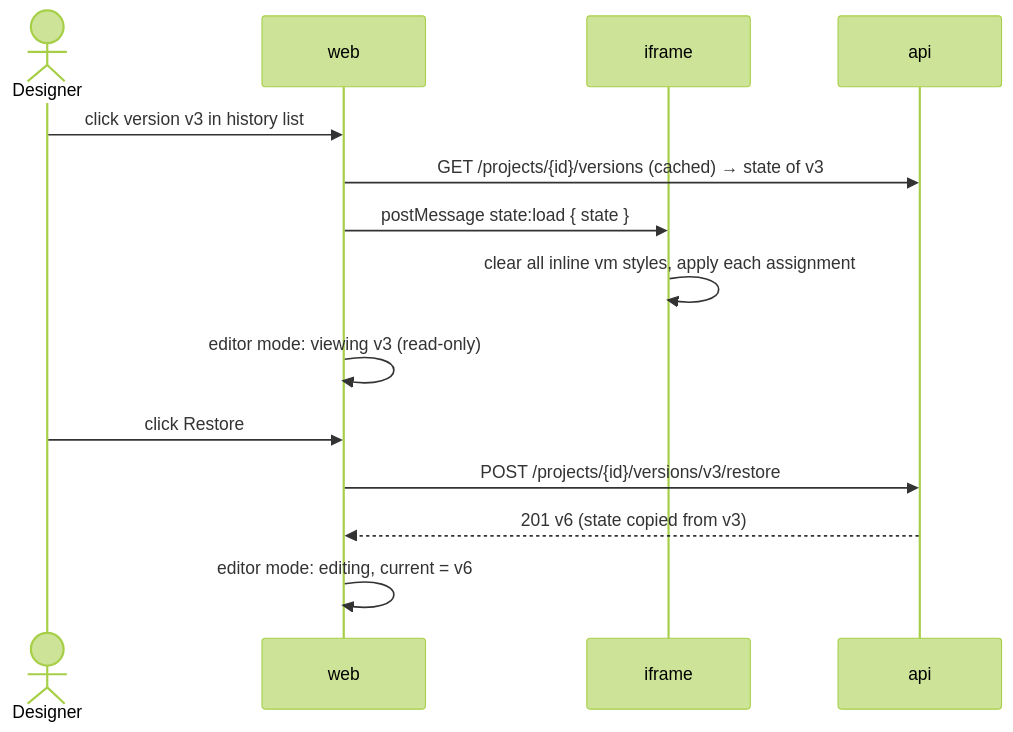
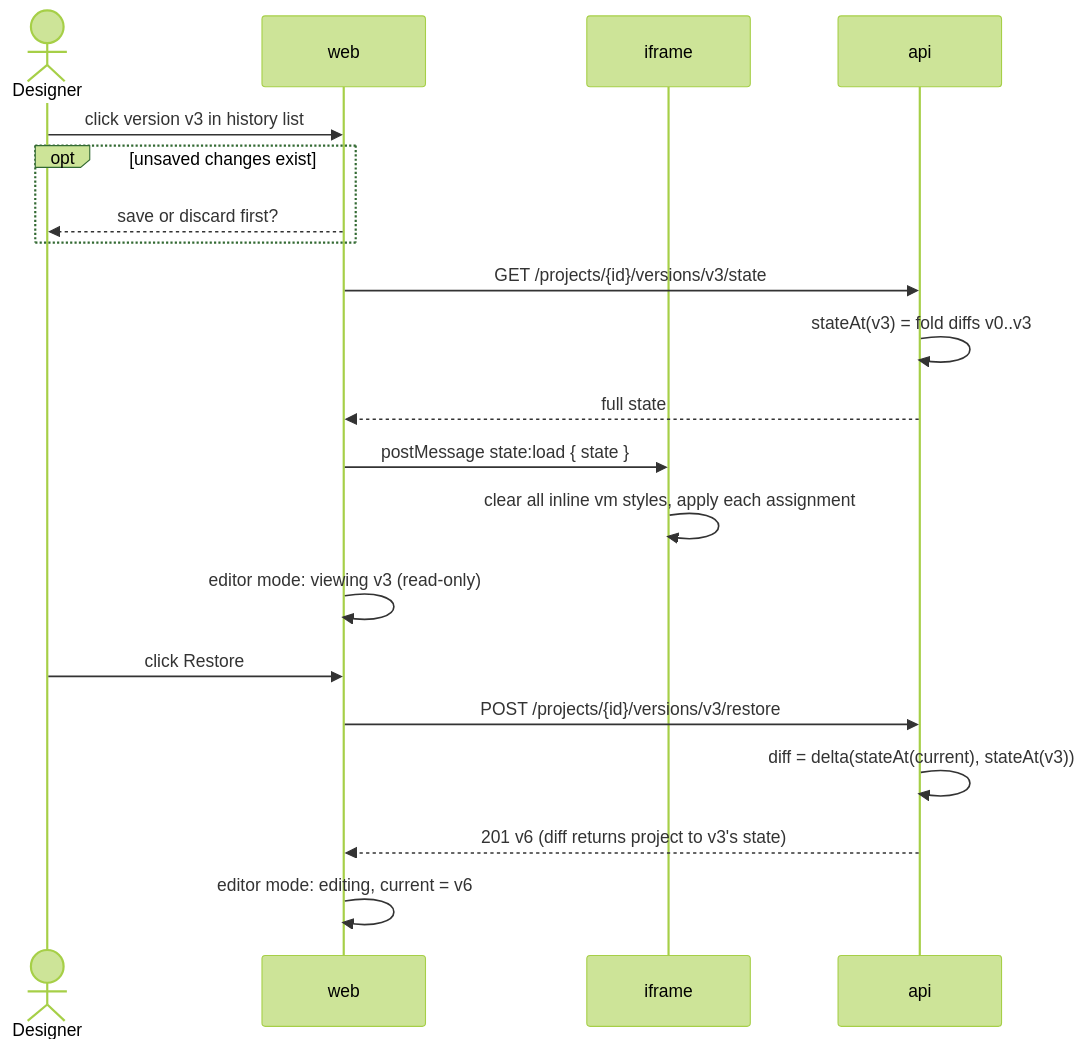
Before and after one commit to ludaxkris/vibe_motion: the fifth of 10 diagrams in docs/architecture.md, drawn with Mermaid (forest theme). The commit also changed other lines of this file and 10 other files, not shown here.

First line of the commit message:
docs: diff-based versioning on explicit Save, pr_screenshot branch, user flow

````diff
--- a/docs/architecture.md
+++ b/docs/architecture.md
@@ -120,17 +127,23 @@
 ```mermaid
 sequenceDiagram
   actor D as Designer
   participant W as web
   participant F as iframe
   participant A as api
 
   D->>W: click version v3 in history list
-  W->>A: GET /projects/{id}/versions (cached) → state of v3
+  opt unsaved changes exist
+    W-->>D: save or discard first?
+  end
+  W->>A: GET /projects/{id}/versions/v3/state
+  A->>A: stateAt(v3) = fold diffs v0..v3
+  A-->>W: full state
   W->>F: postMessage state:load { state }
   F->>F: clear all inline vm styles, apply each assignment
   W->>W: editor mode: viewing v3 (read-only)
   D->>W: click Restore
   W->>A: POST /projects/{id}/versions/v3/restore
-  A-->>W: 201 v6 (state copied from v3)
+  A->>A: diff = delta(stateAt(current), stateAt(v3))
+  A-->>W: 201 v6 (diff returns project to v3's state)
   W->>W: editor mode: editing, current = v6
 ```
````
